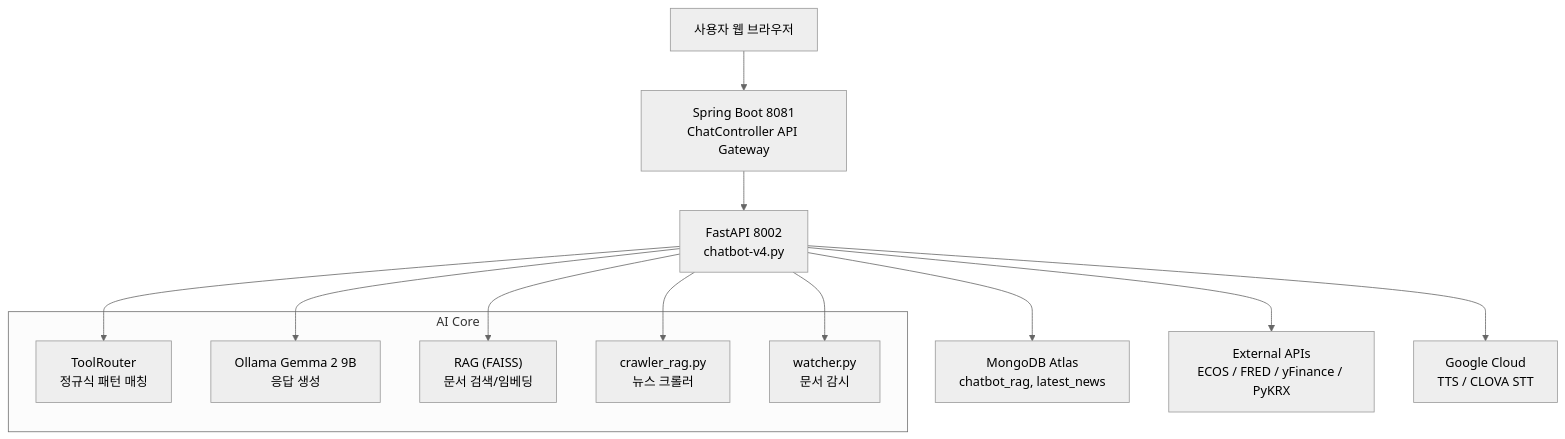
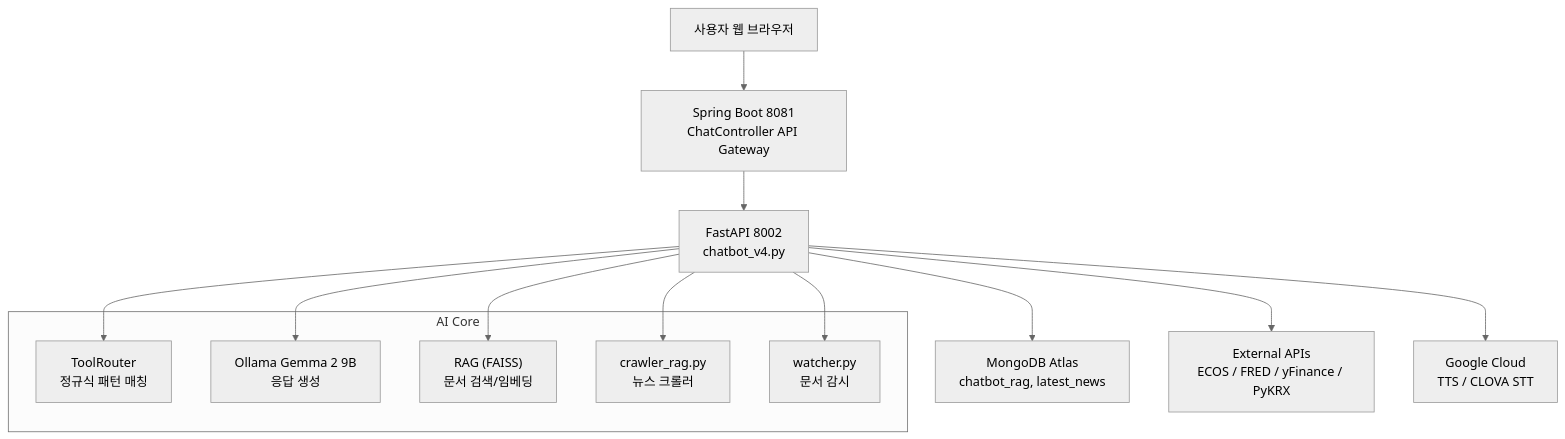
The diagram in CLAUDE.md (yooseungmin9/yoo-chatbot-v1), drawn with Mermaid (neutral theme) before and after one commit. The commit also changed other lines of this file and 15 other files, not shown here.

````diff
--- a/CLAUDE.md
+++ b/CLAUDE.md
@@ -44,20 +44,20 @@
 ```mermaid
 graph TD
     U["사용자 웹 브라우저"] --> SB["Spring Boot 8081<br>ChatController API Gateway"]
-    SB --> FA["FastAPI 8002<br>chatbot-v4.py"]
+    SB --> FA["FastAPI 8002<br>chatbot_v4.py"]
     subgraph "AI Core"
         TR["ToolRouter<br>정규식 패턴 매칭"]
         OL["Ollama Gemma 2 9B<br>응답 생성"]
         RG["RAG (FAISS)<br>문서 검색/임베딩"]
         CR["crawler_rag.py<br>뉴스 크롤러"]
         WT["watcher.py<br>문서 감시"]
     end
     FA --> TR
     FA --> OL
     FA --> RG
     FA --> CR
     FA --> WT
     FA --> MDB["MongoDB Atlas<br>chatbot_rag, latest_news"]
     FA --> API["External APIs<br>ECOS / FRED / yFinance / PyKRX"]
     FA --> GC["Google Cloud<br>TTS / CLOVA STT"]
 ```
````
